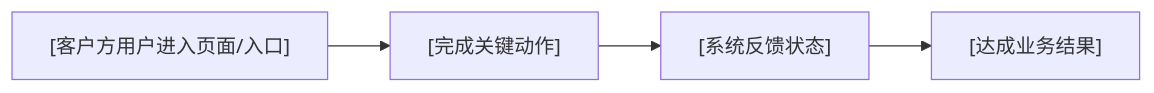
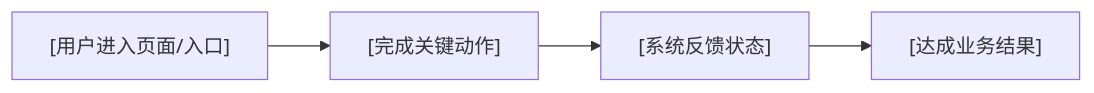
Before and after one commit to longyunfeigu/vibejet: the first of 2 diagrams in .agents/skills/vj-epic-story/epic-story.template.md, drawn with Mermaid. The commit also changed other lines of this file and 49 other files, not shown here.

````diff
--- a/.agents/skills/vj-epic-story/epic-story.template.md
+++ b/.agents/skills/vj-epic-story/epic-story.template.md
@@ -33,6 +33,6 @@
 ```mermaid
 flowchart LR
-    A["[客户方用户进入页面/入口]"] --> B["[完成关键动作]"]
+    A["[用户进入页面/入口]"] --> B["[完成关键动作]"]
     B --> C["[系统反馈状态]"]
     C --> D["[达成业务结果]"]
 ```
````
